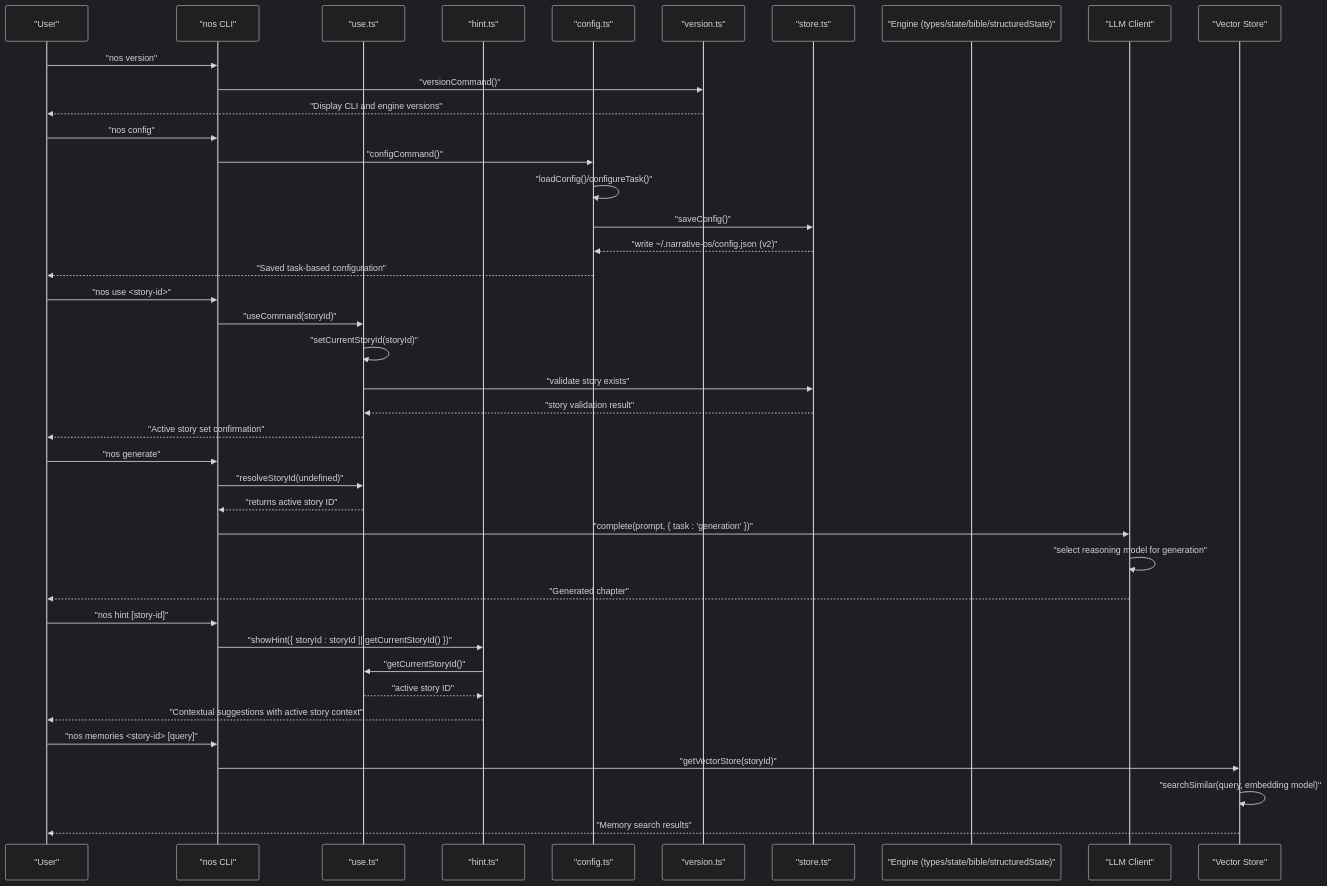
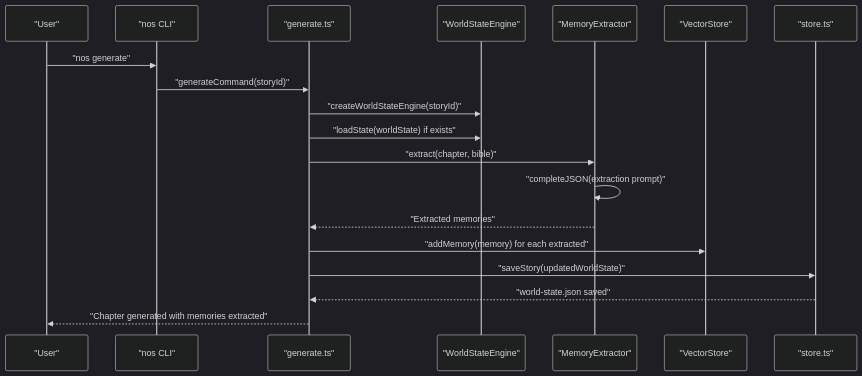
The second of 4 diagrams in .qoder/repowiki/en/content/CLI Command Reference.md (liwonder/NARRITIVE_OS), drawn with Mermaid (dark theme) before and after one commit. The commit also changed other lines of this file and 10 other files, not shown here.

First line of the commit message:
Integrate World State Engine & auto memory extraction

````diff
--- a/.qoder/repowiki/en/content/CLI Command Reference.md
+++ b/.qoder/repowiki/en/content/CLI Command Reference.md
@@ -197,43 +200,21 @@
 ```mermaid
 sequenceDiagram
 participant User as "User"
 participant CLI as "nos CLI"
-participant Use as "use.ts"
-participant Hint as "hint.ts"
-participant Config as "config.ts"
-participant Version as "version.ts"
+participant Generate as "generate.ts"
+participant WorldEngine as "WorldStateEngine"
+participant MemoryExtractor as "MemoryExtractor"
+participant VectorStore as "VectorStore"
 participant Store as "store.ts"
-participant Engine as "Engine (types/state/bible/structuredState)"
-participant LLMClient as "LLM Client"
-participant VectorStore as "Vector Store"
-User->>CLI : "nos version"
-CLI->>Version : "versionCommand()"
-Version-->>User : "Display CLI and engine versions"
-User->>CLI : "nos config"
-CLI->>Config : "configCommand()"
-Config->>Config : "loadConfig()/configureTask()"
-Config->>Store : "saveConfig()"
-Store-->>Config : "write ~/.narrative-os/config.json (v2)"
-Config-->>User : "Saved task-based configuration"
-User->>CLI : "nos use <story-id>"
-CLI->>Use : "useCommand(storyId)"
-Use->>Use : "setCurrentStoryId(storyId)"
-Use->>Store : "validate story exists"
-Store-->>Use : "story validation result"
-Use-->>User : "Active story set confirmation"
 User->>CLI : "nos generate"
-CLI->>Use : "resolveStoryId(undefined)"
-Use-->>CLI : "returns active story ID"
-CLI->>LLMClient : "complete(prompt, { task : 'generation' })"
-LLMClient->>LLMClient : "select reasoning model for generation"
-LLMClient-->>User : "Generated chapter"
-User->>CLI : "nos hint [story-id]"
-CLI->>Hint : "showHint({ storyId : storyId || getCurrentStoryId() })"
-Hint->>Use : "getCurrentStoryId()"
-Use-->>Hint : "active story ID"
-Hint-->>User : "Contextual suggestions with active story context"
-User->>CLI : "nos memories <story-id> [query]"
-CLI->>VectorStore : "getVectorStore(storyId)"
-VectorStore->>VectorStore : "searchSimilar(query, embedding model)"
-VectorStore-->>User : "Memory search results"
+CLI->>Generate : "generateCommand(storyId)"
+Generate->>WorldEngine : "createWorldStateEngine(storyId)"
+Generate->>WorldEngine : "loadState(worldState) if exists"
+Generate->>MemoryExtractor : "extract(chapter, bible)"
+MemoryExtractor->>MemoryExtractor : "completeJSON(extraction prompt)"
+MemoryExtractor-->>Generate : "Extracted memories"
+Generate->>VectorStore : "addMemory(memory) for each extracted"
+Generate->>Store : "saveStory(updatedWorldState)"
+Store-->>Generate : "world-state.json saved"
+Generate-->>User : "Chapter generated with memories extracted"
 ```
````
